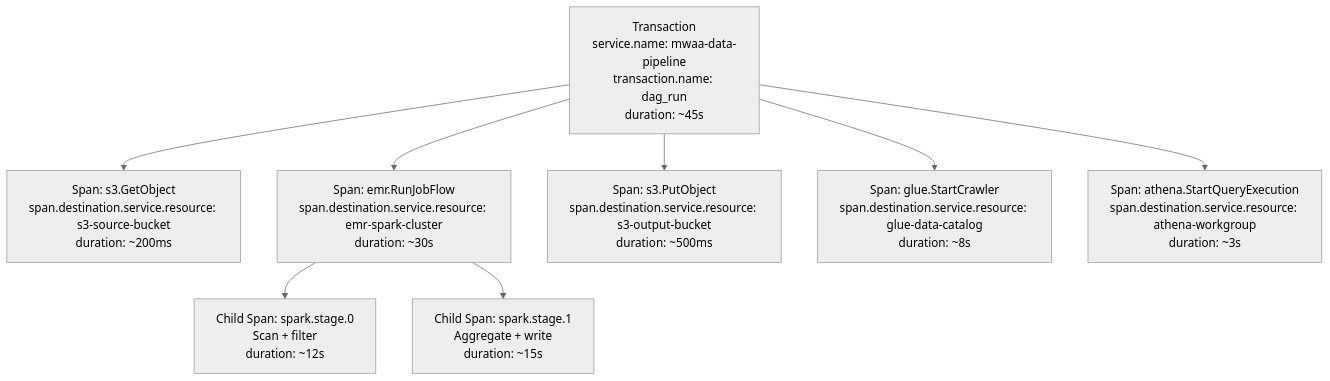
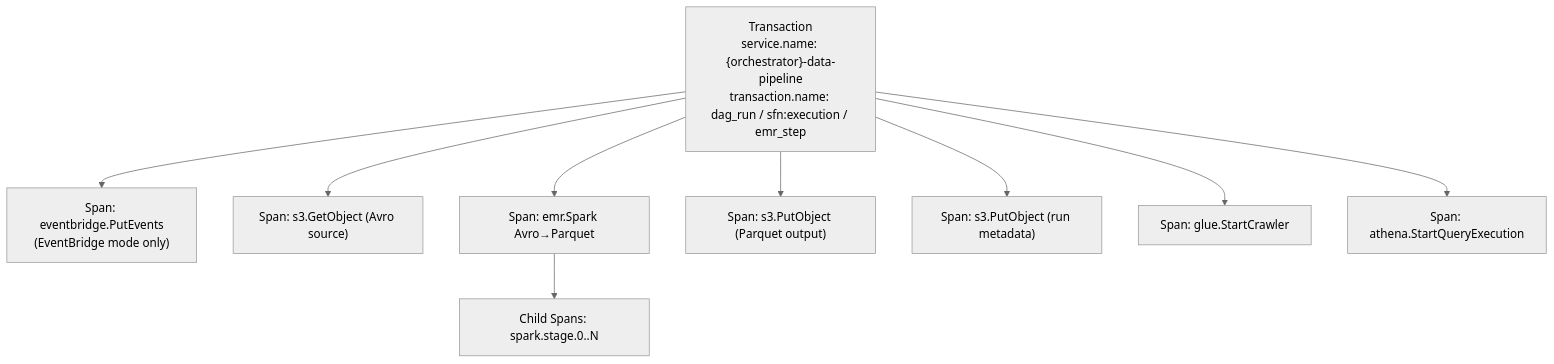
One commit to rkernutt/cloud-to-elastic-load-generator changed the second of 3 diagrams in docs/chained-events/data-analytics-pipeline.md. Above: the diagram before and after it, drawn with Mermaid (neutral theme). The commit also changed other lines of this file and 1684 other files, not shown here.

First line of the commit message:
feat: multi-mode pipeline assets, ECS contract tests, and generator realism fixes

````diff
--- a/docs/chained-events/data-analytics-pipeline.md
+++ b/docs/chained-events/data-analytics-pipeline.md
@@ -98,11 +118,12 @@
 ```mermaid
 flowchart TD
-    TX["Transaction\nservice.name: mwaa-data-pipeline\ntransaction.name: dag_run\nduration: ~45s"]
-    TX --> SpanS3Get["Span: s3.GetObject\nspan.destination.service.resource: s3-source-bucket\nduration: ~200ms"]
-    TX --> SpanEMR["Span: emr.RunJobFlow\nspan.destination.service.resource: emr-spark-cluster\nduration: ~30s"]
-    SpanEMR --> SpanSpark1["Child Span: spark.stage.0\nScan + filter\nduration: ~12s"]
-    SpanEMR --> SpanSpark2["Child Span: spark.stage.1\nAggregate + write\nduration: ~15s"]
-    TX --> SpanS3Put["Span: s3.PutObject\nspan.destination.service.resource: s3-output-bucket\nduration: ~500ms"]
-    TX --> SpanGlue["Span: glue.StartCrawler\nspan.destination.service.resource: glue-data-catalog\nduration: ~8s"]
-    TX --> SpanAthena["Span: athena.StartQueryExecution\nspan.destination.service.resource: athena-workgroup\nduration: ~3s"]
+    TX["Transaction\nservice.name: {orchestrator}-data-pipeline\ntransaction.name: dag_run / sfn:execution / emr_step"]
+    TX --> SpanEB["Span: eventbridge.PutEvents\n(EventBridge mode only)"]
+    TX --> SpanS3Get["Span: s3.GetObject (Avro source)"]
+    TX --> SpanEMR["Span: emr.Spark Avro→Parquet"]
+    SpanEMR --> SparkStages["Child Spans: spark.stage.0..N"]
+    TX --> SpanS3Put["Span: s3.PutObject (Parquet output)"]
+    TX --> SpanS3Meta["Span: s3.PutObject (run metadata)"]
+    TX --> SpanGlue["Span: glue.StartCrawler"]
+    TX --> SpanAthena["Span: athena.StartQueryExecution"]
 ```
````
